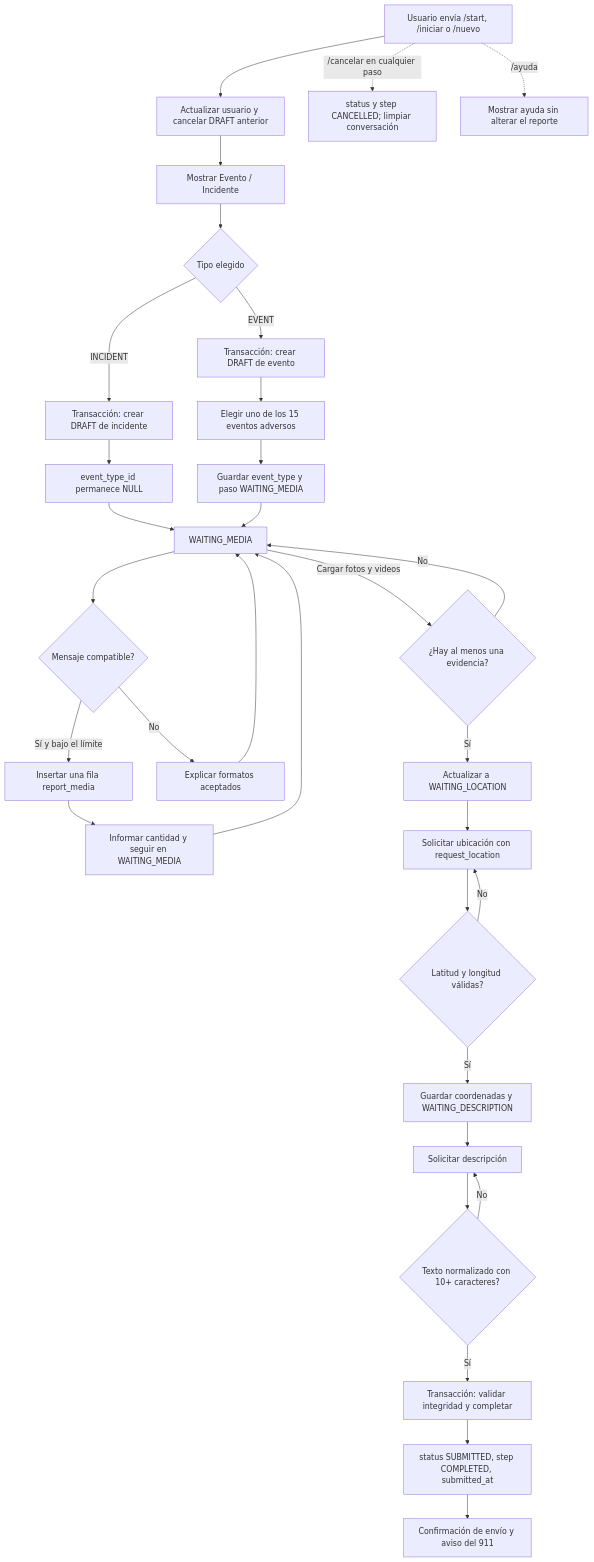
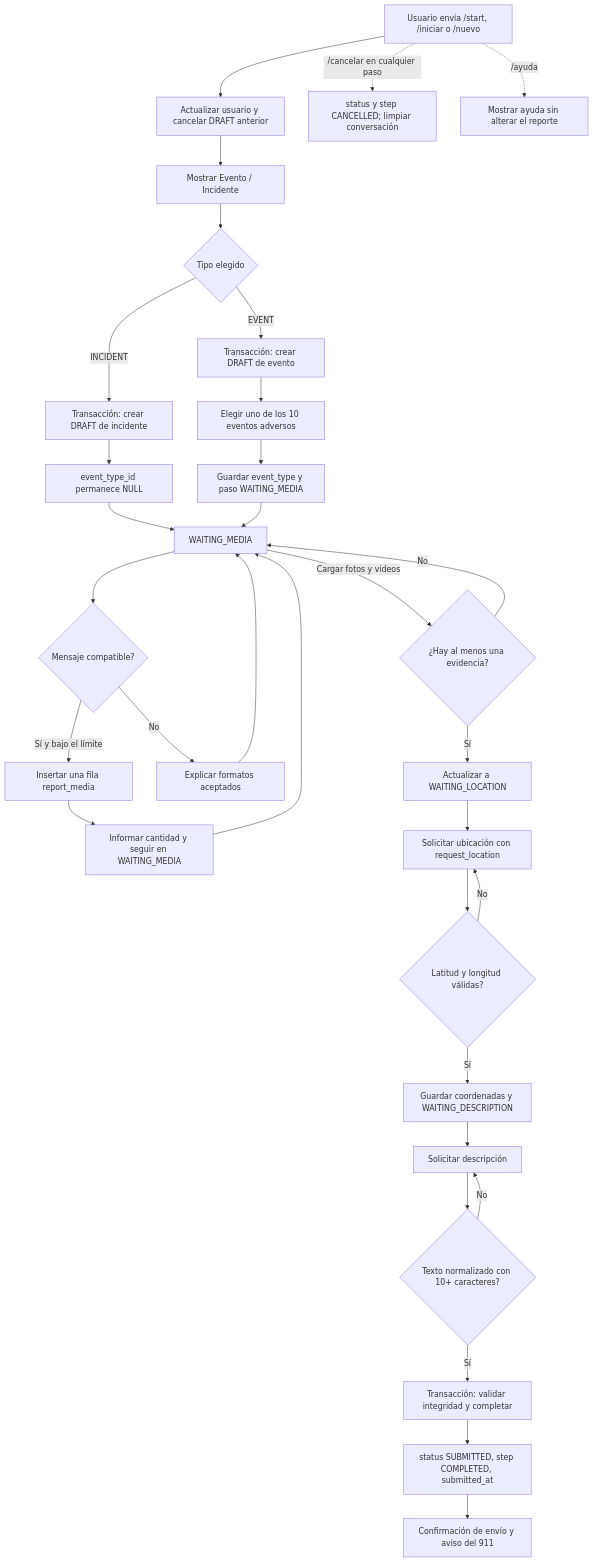
One commit to jhquihuiri7/galapagos_previene changed the first of 2 diagrams in README.md. Above: the diagram before and after it, drawn with Mermaid. The commit also changed other lines of this file and 7 other files, not shown here.

````diff
--- a/README.md
+++ b/README.md
@@ -91,34 +91,34 @@
 ```mermaid
 flowchart TD
     A[Usuario envía /start, /iniciar o /nuevo] --> A1[Actualizar usuario y cancelar DRAFT anterior]
     A1 --> B[Mostrar Evento / Incidente]
     B --> C{Tipo elegido}
     C -->|EVENT| D[Transacción: crear DRAFT de evento]
     C -->|INCIDENT| E[Transacción: crear DRAFT de incidente]
-    D --> F[Elegir uno de los 15 eventos adversos]
+    D --> F[Elegir uno de los 10 eventos adversos]
     F --> G[Guardar event_type y paso WAITING_MEDIA]
     E --> H[event_type_id permanece NULL]
     H --> I[WAITING_MEDIA]
     G --> I
     I --> J{Mensaje compatible?}
     J -->|Sí y bajo el límite| K[Insertar una fila report_media]
     K --> L[Informar cantidad y seguir en WAITING_MEDIA]
     L --> I
     J -->|No| M[Explicar formatos aceptados]
     M --> I
     I -->|Cargar fotos y videos| N{¿Hay al menos una evidencia?}
     N -->|No| I
     N -->|Sí| O[Actualizar a WAITING_LOCATION]
     O --> P[Solicitar ubicación con request_location]
     P --> Q{Latitud y longitud válidas?}
     Q -->|No| P
     Q -->|Sí| R[Guardar coordenadas y WAITING_DESCRIPTION]
     R --> S[Solicitar descripción]
     S --> T{Texto normalizado con 10+ caracteres?}
     T -->|No| S
     T -->|Sí| U[Transacción: validar integridad y completar]
     U --> V[status SUBMITTED, step COMPLETED, submitted_at]
     V --> W[Confirmación de envío y aviso del 911]
     A -. /cancelar en cualquier paso .-> X[status y step CANCELLED; limpiar conversación]
     A -. /ayuda .-> Y[Mostrar ayuda sin alterar el reporte]
 ```
````
